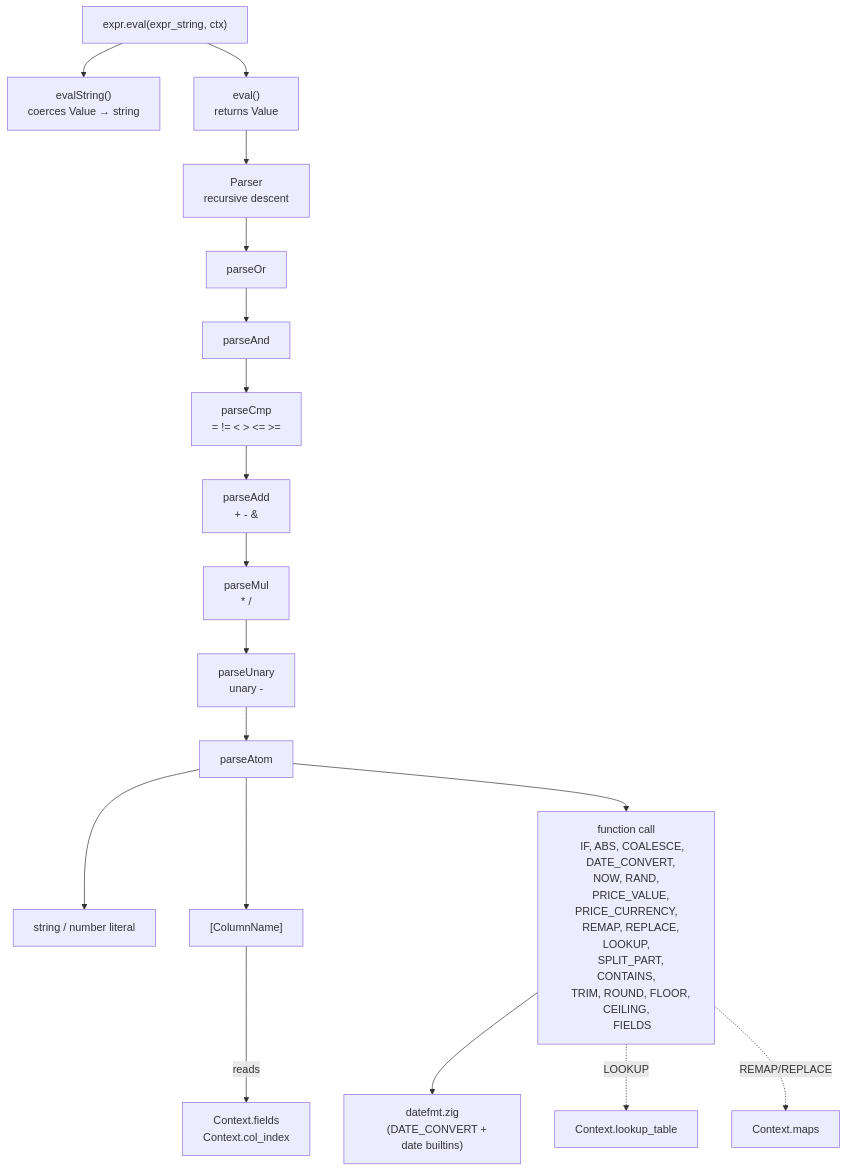
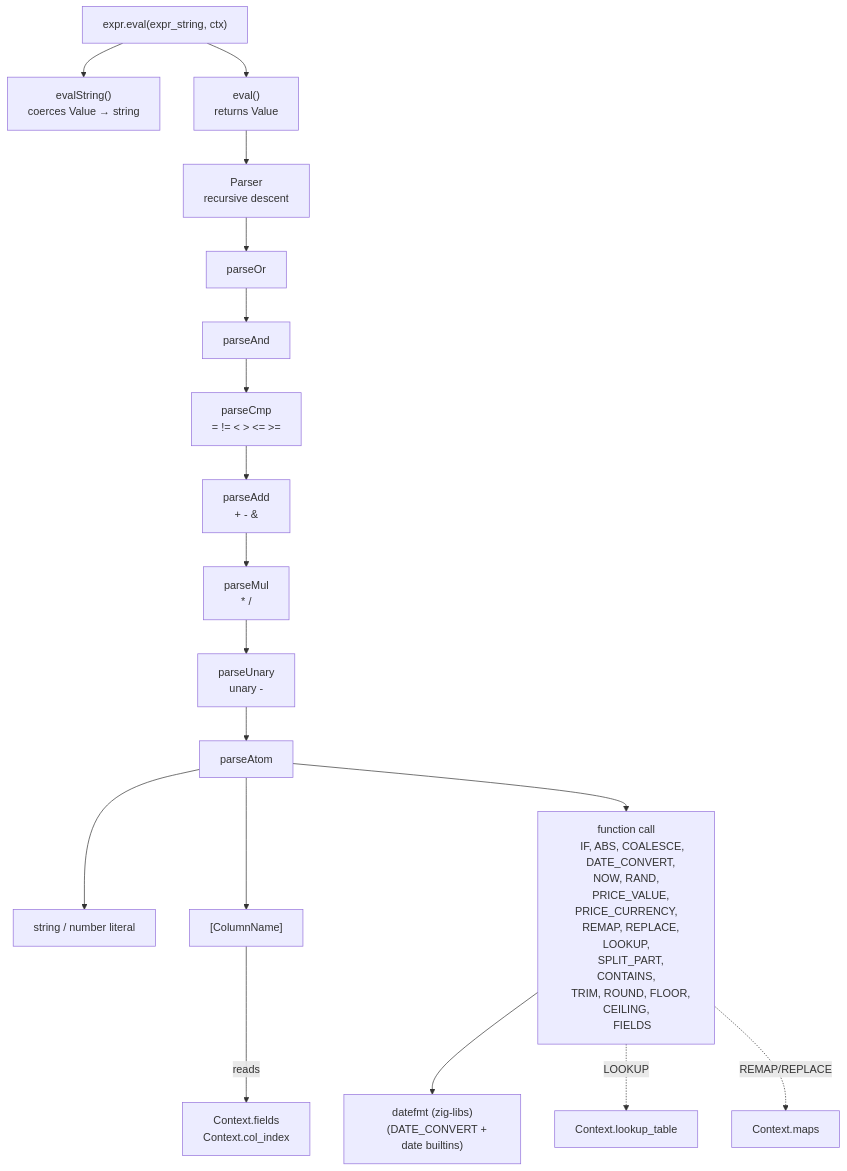
The fifth of 5 diagrams in docs/dev/architecture/pipeline.md (zaxified/bxp), drawn with Mermaid before and after one commit. The commit also changed 13 other files, not shown here.

````diff
--- a/docs/dev/architecture/pipeline.md
+++ b/docs/dev/architecture/pipeline.md
@@ -322,38 +322,38 @@
 ```mermaid
 graph TD
     CALL["expr.eval(expr_string, ctx)"]
     CALL --> ES["evalString()
     coerces Value → string"]
     CALL --> EV["eval()
     returns Value"]
     EV --> PARSE["Parser
     recursive descent"]
     PARSE --> OR["parseOr"]
     OR --> AND["parseAnd"]
     AND --> CMP["parseCmp
     = != < > <= >="]
     CMP --> ADD["parseAdd
     + - &"]
     ADD --> MUL["parseMul
     * /"]
     MUL --> UNARY["parseUnary
     unary -"]
     UNARY --> ATOM["parseAtom"]
     ATOM --> LIT["string / number literal"]
     ATOM --> FIELD["[ColumnName]"]
     ATOM --> FUNC["function call
     IF, ABS, COALESCE,
     DATE_CONVERT, NOW, RAND,
     PRICE_VALUE, PRICE_CURRENCY,
     REMAP, REPLACE, LOOKUP,
     SPLIT_PART, CONTAINS,
     TRIM, ROUND, FLOOR, CEILING,
     FIELDS"]
-    FUNC --> DATEFMT_CALL["datefmt.zig
+    FUNC --> DATEFMT_CALL["datefmt (zig-libs)
     (DATE_CONVERT + date builtins)"]
 
     FIELD -->|reads| CTX_FIELDS["Context.fields
     Context.col_index"]
     FUNC -.LOOKUP.-> CTX_LT["Context.lookup_table"]
     FUNC -."REMAP/REPLACE".-> CTX_TM["Context.maps"]
 ```
````
